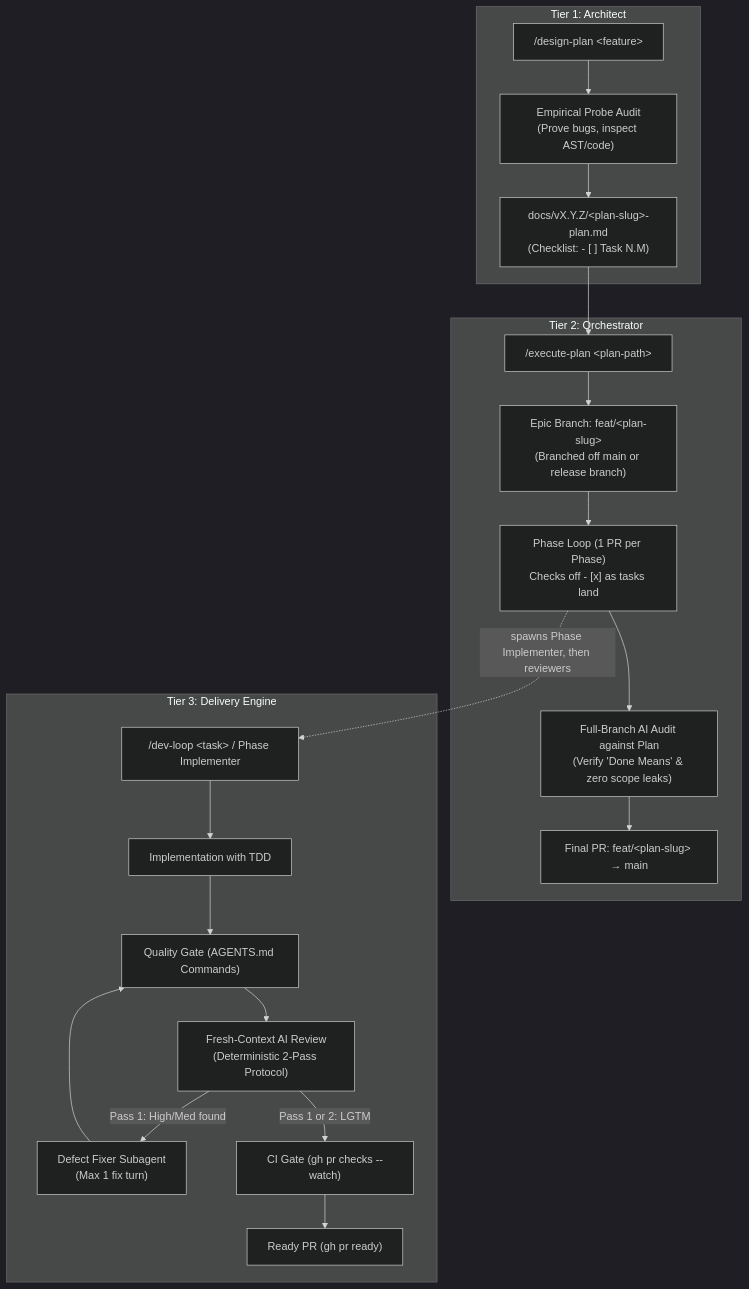
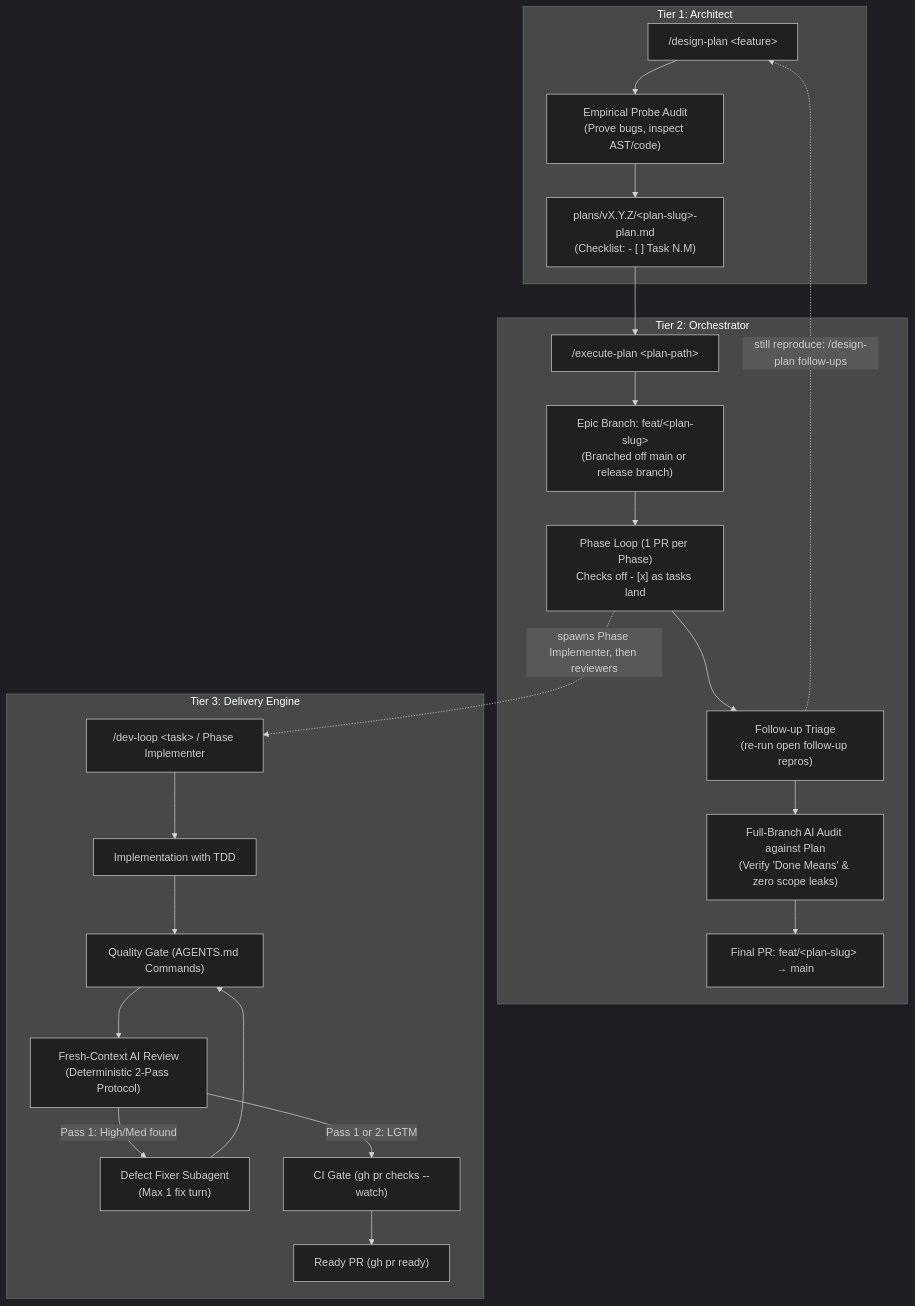
One commit to seriva/bootstrap changed the first of 2 diagrams in docs/agentic-workflows.md. Above: the diagram before and after it, drawn with Mermaid (dark theme). The commit also changed other lines of this file and 11 other files, not shown here.

First line of the commit message:
refactor: update design plan and dev loop skills for improved clarity and consistency

````diff
--- a/docs/agentic-workflows.md
+++ b/docs/agentic-workflows.md
@@ -11,38 +11,41 @@
 ```mermaid
 flowchart TD
     subgraph Tier1 ["Tier 1: Architect"]
         DP["/design-plan &lt;feature&gt;"]
         Audit["Empirical Probe Audit\n(Prove bugs, inspect AST/code)"]
-        PlanDoc["docs/vX.Y.Z/&lt;plan-slug&gt;-plan.md\n(Checklist: - [ ] Task N.M)"]
+        PlanDoc["plans/vX.Y.Z/&lt;plan-slug&gt;-plan.md\n(Checklist: - [ ] Task N.M)"]
         DP --> Audit --> PlanDoc
     end
 
     subgraph Tier2 ["Tier 2: Orchestrator"]
         EP["/execute-plan &lt;plan-path&gt;"]
         PlanBranch["Epic Branch: feat/&lt;plan-slug&gt;\n(Branched off main or release branch)"]
         PhaseLoop["Phase Loop (1 PR per Phase)\nChecks off - [x] as tasks land"]
+        Triage["Follow-up Triage\n(re-run open follow-up repros)"]
         FinalAudit["Full-Branch AI Audit against Plan\n(Verify 'Done Means' & zero scope leaks)"]
         FinalPR["Final PR: feat/&lt;plan-slug&gt; &rarr; main"]
         
         PlanDoc --> EP
         EP --> PlanBranch
         PlanBranch --> PhaseLoop
-        PhaseLoop --> FinalAudit
+        PhaseLoop --> Triage
+        Triage -.->|"still reproduce: /design-plan follow-ups"| DP
+        Triage --> FinalAudit
         FinalAudit --> FinalPR
     end
 
     subgraph Tier3 ["Tier 3: Delivery Engine"]
         DL["/dev-loop &lt;task&gt; / Phase Implementer"]
         TDD["Implementation with TDD"]
         Gate["Quality Gate (AGENTS.md Commands)"]
         Review["Fresh-Context AI Review\n(Deterministic 2-Pass Protocol)"]
         Fix["Defect Fixer Subagent\n(Max 1 fix turn)"]
         PR["Ready PR (gh pr ready)"]
 
         PhaseLoop -.->|"spawns Phase Implementer, then reviewers"| DL
         DL --> TDD --> Gate --> Review
         Review -- "Pass 1: High/Med found" --> Fix --> Gate
         CI["CI Gate (gh pr checks --watch)"]
         Review -- "Pass 1 or 2: LGTM" --> CI --> PR
     end
 ```
````
